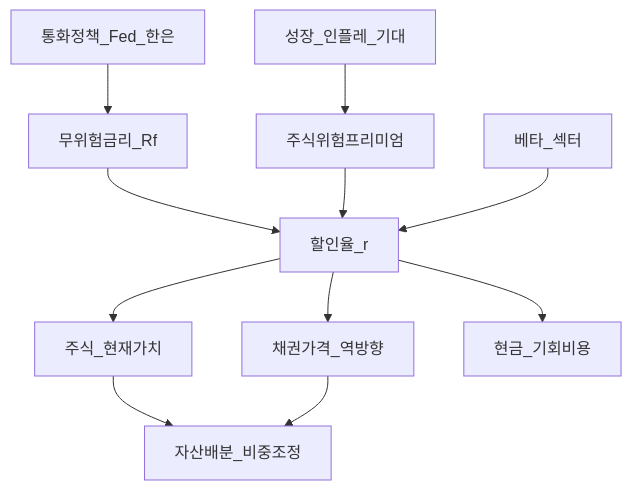
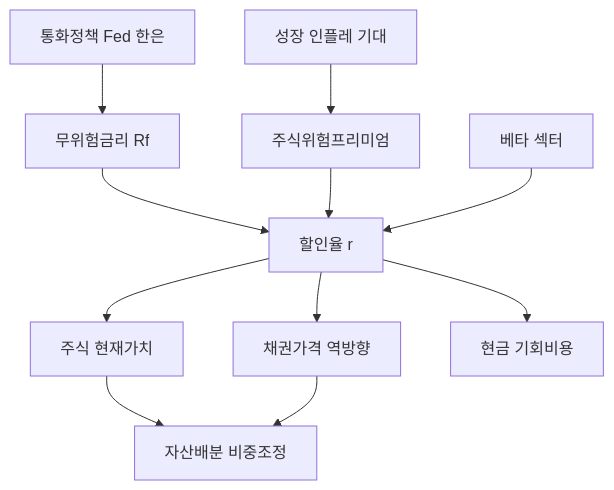
The first of 3 diagrams in 02-economics/macro-06-asset-prices-macro.md (goldanghenry/Finances), drawn with Mermaid before and after one commit. The commit also changed other lines of this file and 211 other files, not shown here.

````diff
--- a/02-economics/macro-06-asset-prices-macro.md
+++ b/02-economics/macro-06-asset-prices-macro.md
@@ -132,13 +142,13 @@
 ```mermaid
 flowchart TD
-  Pol[통화정책_Fed_한은] --> Rf[무위험금리_Rf]
-  Macro[성장_인플레_기대] --> ERP[주식위험프리미엄]
-  Rf --> r[할인율_r]
+  Pol["통화정책 Fed 한은"] --> Rf["무위험금리 Rf"]
+  Macro["성장 인플레 기대"] --> ERP[주식위험프리미엄]
+  Rf --> r["할인율 r"]
   ERP --> r
-  Beta[베타_섹터] --> r
-  r --> Pstock[주식_현재가치]
-  r --> Pbond[채권가격_역방향]
-  r --> Cash[현금_기회비용]
-  Pstock --> AA[자산배분_비중조정]
+  Beta["베타 섹터"] --> r
+  r --> Pstock["주식 현재가치"]
+  r --> Pbond["채권가격 역방향"]
+  r --> Cash["현금 기회비용"]
+  Pstock --> AA["자산배분 비중조정"]
   Pbond --> AA
 ```
````
